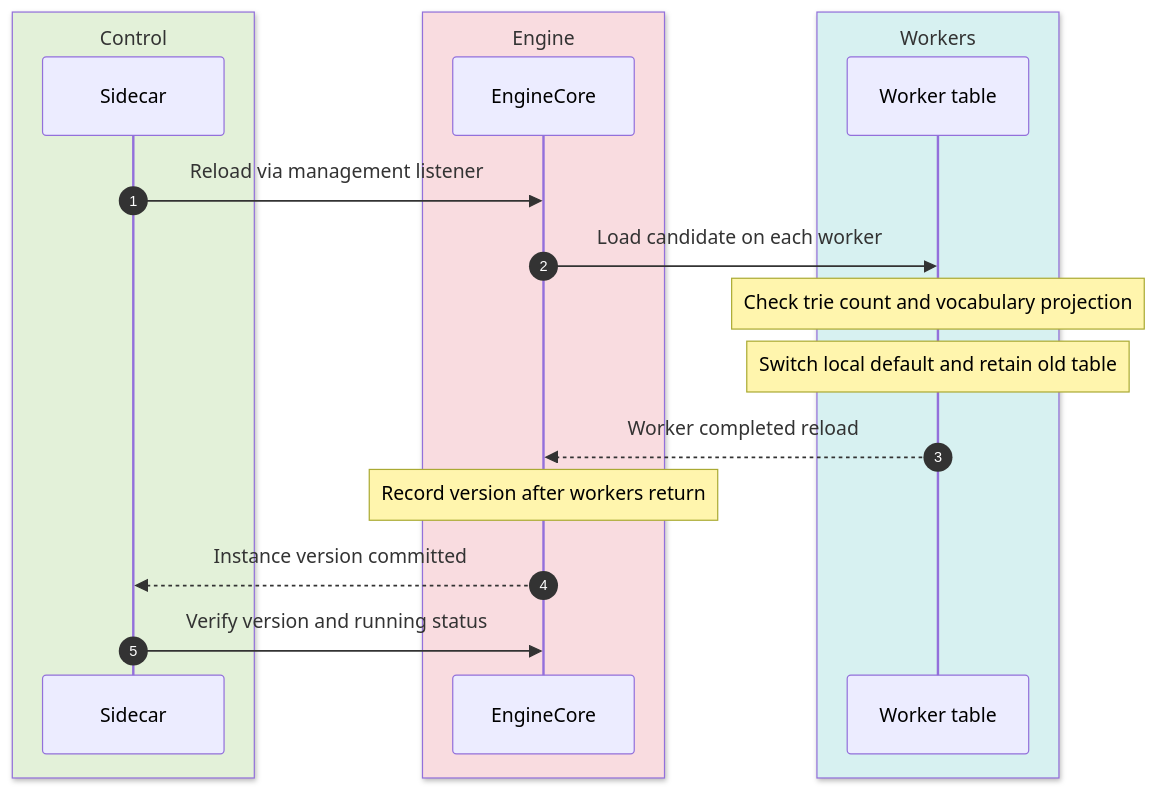
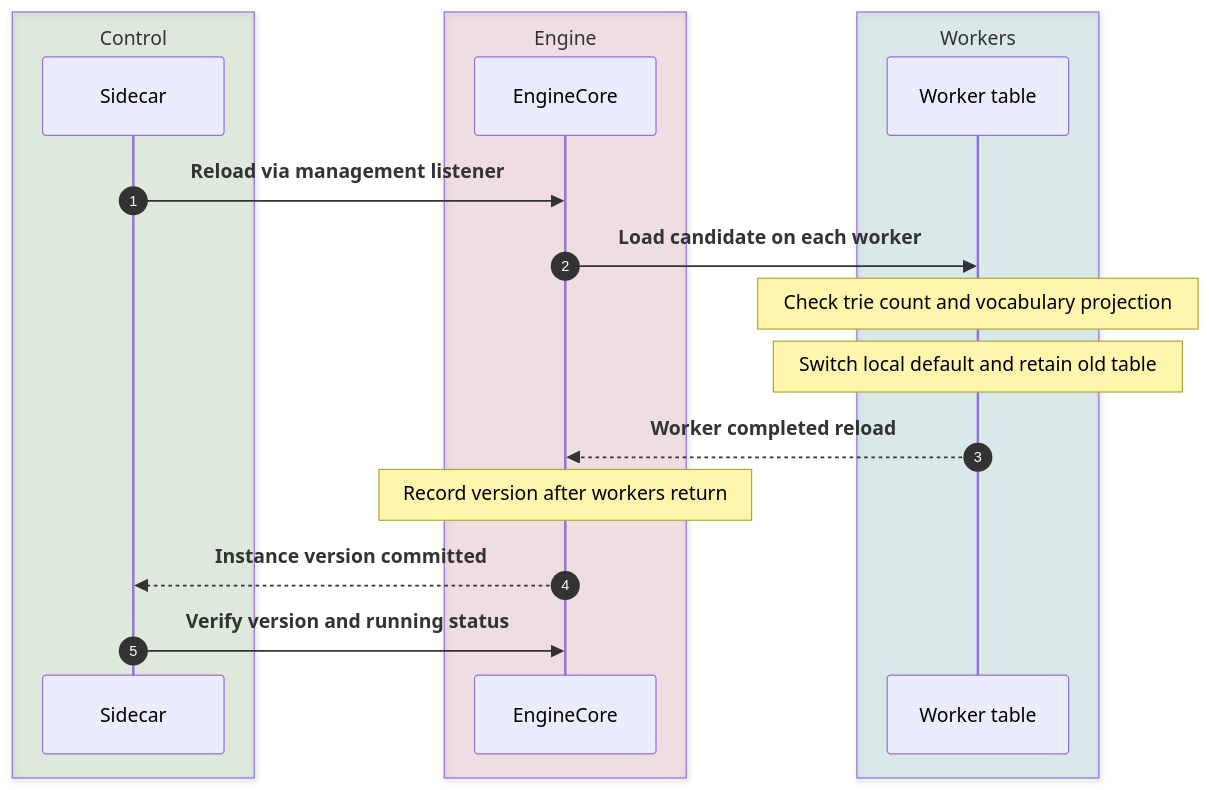
The second of 2 diagrams in docs/design/feature/weight_update.md (vllm-project/vllm-gr), drawn with Mermaid before and after one commit. The commit also changed other lines of this file and 6 other files, not shown here.

Commit message:
docs: clarify feature design guides and improve diagram contrast

````diff
--- a/docs/design/feature/weight_update.md
+++ b/docs/design/feature/weight_update.md
@@ -100,21 +104,27 @@
 ```mermaid
+---
+config:
+  sequence:
+    messageFontWeight: 600
+    noteFontWeight: 600
+---
 sequenceDiagram
     autonumber
-    box rgb(227,241,217) Control
+    box rgba(79,150,75,0.14) Control
         participant S as Sidecar
     end
-    box rgb(249,220,224) Engine
+    box rgba(190,83,105,0.14) Engine
         participant E as EngineCore
     end
-    box rgb(215,241,241) Workers
+    box rgba(44,151,159,0.14) Workers
         participant W as Worker table
     end
     S->>E: Reload via management listener
     E->>W: Load candidate on each worker
     Note over W: Check trie count and vocabulary projection
     Note over W: Switch local default and retain old table
     W-->>E: Worker completed reload
     Note over E: Record version after workers return
     E-->>S: Instance version committed
     S->>E: Verify version and running status
 ```
````
